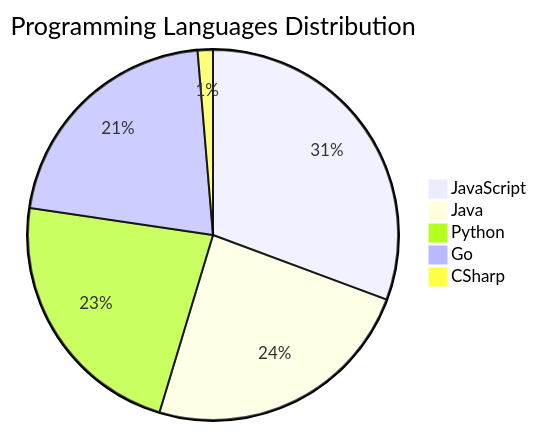
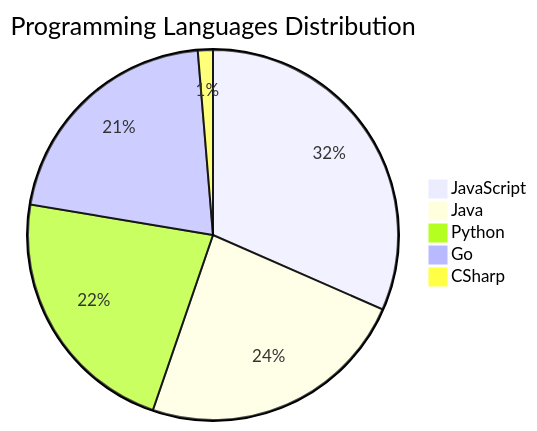
The diagram in README.md (Derrick-MUGISHA/github-activity-bot), drawn with Mermaid before and after one commit. The commit also changed other lines of this file and 3 other files, not shown here.

````diff
--- a/README.md
+++ b/README.md
@@ -71,8 +71,8 @@
 ```mermaid
 pie title Programming Languages Distribution
-    "JavaScript" : 23
+    "JavaScript" : 24
     "Java" : 18
     "Python" : 17
     "Go" : 16
     "CSharp" : 1
 ```
````
